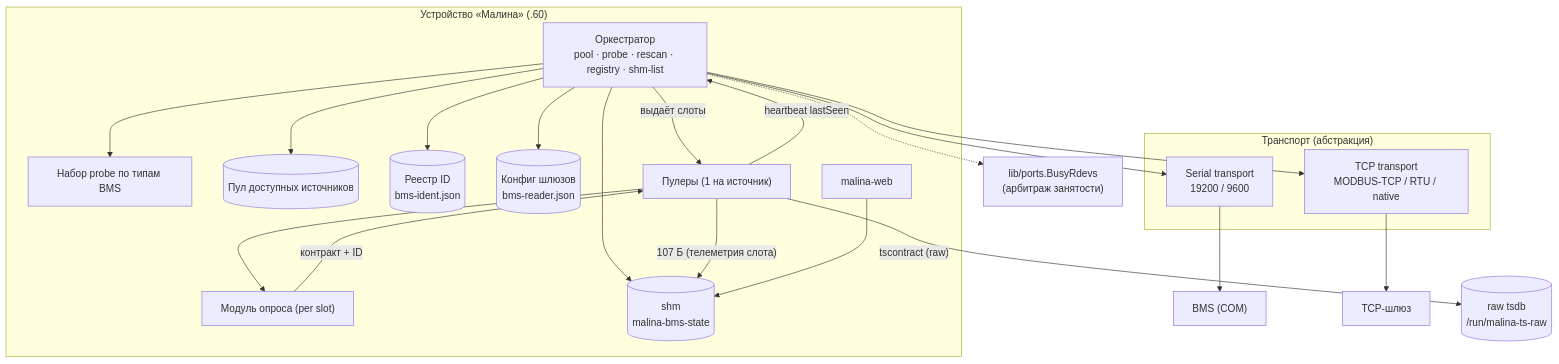
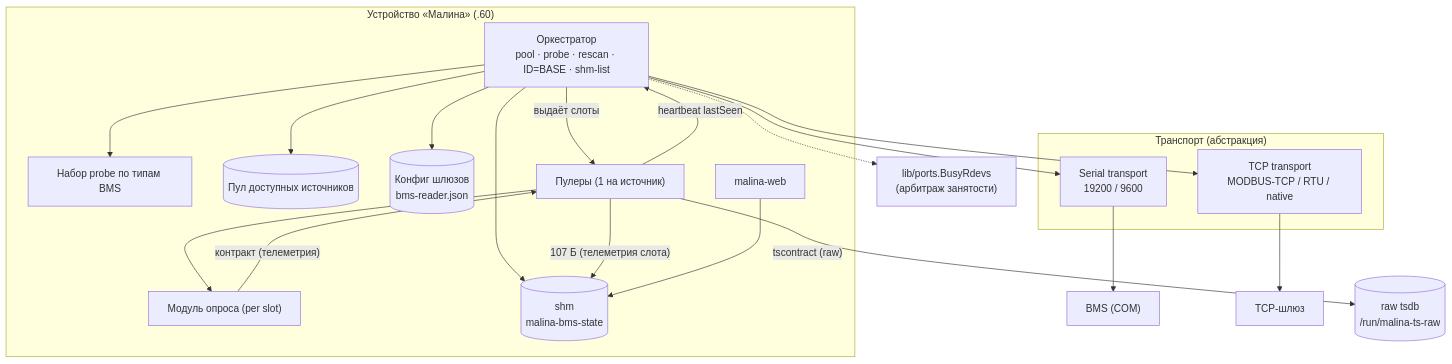
The first of 11 diagrams in docs/bms-reader-arch.md (galiy/malina-26), drawn with Mermaid before and after one commit. The commit also changed other lines of this file and 37 other files, not shown here.

Commit message:
Малина-26: ID BMS = BASE без реестра, очистка истории и дефолт деплоя на .68

````diff
--- a/docs/bms-reader-arch.md
+++ b/docs/bms-reader-arch.md
@@ -73,45 +73,43 @@
 ```mermaid
 flowchart TB
   subgraph PI["Устройство «Малина» (.60)"]
-    ORCH["Оркестратор<br/>pool · probe · rescan · registry · shm-list"]
+    ORCH["Оркестратор<br/>pool · probe · rescan · ID=BASE · shm-list"]
     PROBES["Набор probe по типам BMS"]
     POOL[("Пул доступных источников")]
-    REG[("Реестр ID<br/>bms-ident.json")]
     GWCFG[("Конфиг шлюзов<br/>bms-reader.json")]
     PULLER["Пулеры (1 на источник)"]
     MOD["Модуль опроса (per slot)"]
     SHM[("shm<br/>malina-bms-state")]
     WEB["malina-web"]
   end
 
   subgraph TRANS["Транспорт (абстракция)"]
     SER["Serial transport<br/>19200 / 9600"]
     TCPT["TCP transport<br/>MODBUS-TCP / RTU / native"]
   end
 
   DEV1["BMS (COM)"]
   GW["TCP-шлюз"]
 
   RAWT[("raw tsdb<br/>/run/malina-ts-raw")]
   BUSY["lib/ports.BusyRdevs<br/>(арбитраж занятости)"]
 
   ORCH --> PROBES
   ORCH --> POOL
-  ORCH --> REG
   ORCH --> GWCFG
   ORCH --> SHM
   ORCH --> SER
   ORCH --> TCPT
   ORCH -.-> BUSY
   SER --> DEV1
   TCPT --> GW
 
   ORCH -->|"выдаёт слоты"| PULLER
   PULLER --> MOD
-  MOD -->|"контракт + ID"| PULLER
+  MOD -->|"контракт (телеметрия)"| PULLER
   PULLER -->|"heartbeat lastSeen"| ORCH
   PULLER -->|"107 Б (телеметрия слота)"| SHM
   PULLER -->|"tscontract (raw)"| RAWT
 
   WEB --> SHM
 ```
````
